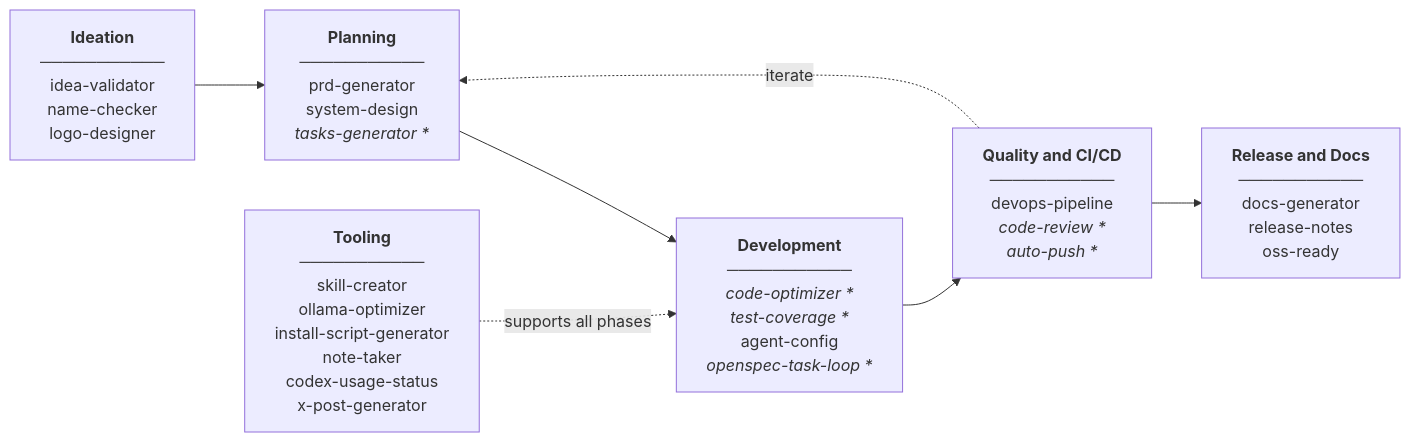
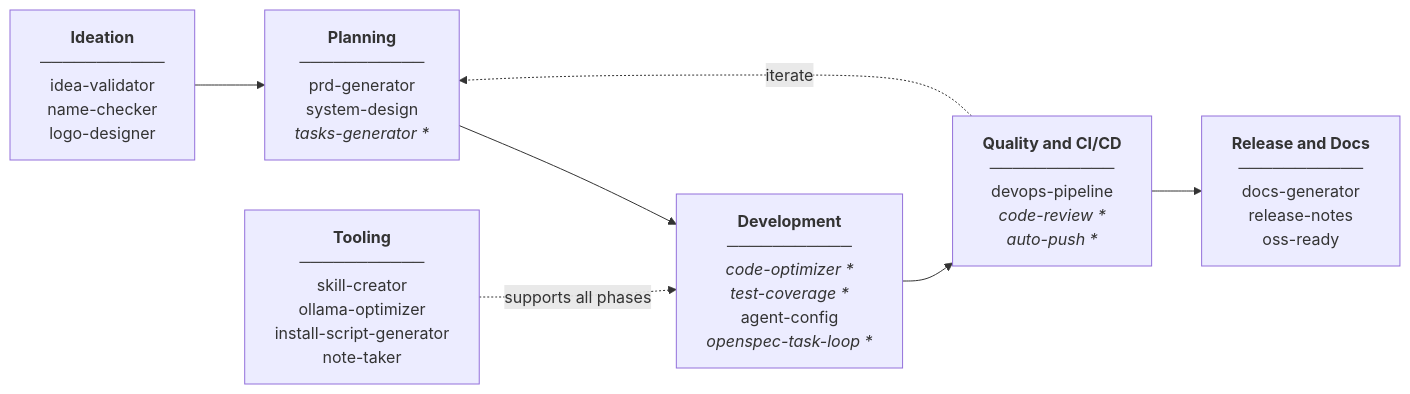
Before and after one commit to luongnv89/skills: the diagram in README.md, drawn with Mermaid. The commit also changed other lines of this file and 17 other files, not shown here.

First line of the commit message:
remove blog-draft, codex-usage-status, x-post-generator skills and update skill-creator to generate README.md

````diff
--- a/README.md
+++ b/README.md
@@ -37,16 +37,16 @@
 ```mermaid
 flowchart LR
     IDEATION["<b>Ideation</b><br/>───────────<br/>idea-validator<br/>name-checker<br/>logo-designer"]
     PLANNING["<b>Planning</b><br/>───────────<br/>prd-generator<br/>system-design<br/><i>tasks-generator *</i>"]
     DEVELOPMENT["<b>Development</b><br/>───────────<br/><i>code-optimizer *</i><br/><i>test-coverage *</i><br/>agent-config<br/><i>openspec-task-loop *</i>"]
     QUALITY["<b>Quality and CI/CD</b><br/>───────────<br/>devops-pipeline<br/><i>code-review *</i><br/><i>auto-push *</i>"]
     RELEASE["<b>Release and Docs</b><br/>───────────<br/>docs-generator<br/>release-notes<br/>oss-ready"]
-    TOOLING["<b>Tooling</b><br/>───────────<br/>skill-creator<br/>ollama-optimizer<br/>install-script-generator<br/>note-taker<br/>codex-usage-status<br/>x-post-generator"]
+    TOOLING["<b>Tooling</b><br/>───────────<br/>skill-creator<br/>ollama-optimizer<br/>install-script-generator<br/>note-taker"]
 
     IDEATION --> PLANNING
     PLANNING --> DEVELOPMENT
     DEVELOPMENT --> QUALITY
     QUALITY --> RELEASE
     QUALITY -.->|iterate| PLANNING
     TOOLING -.->|supports all phases| DEVELOPMENT
 ```
````
